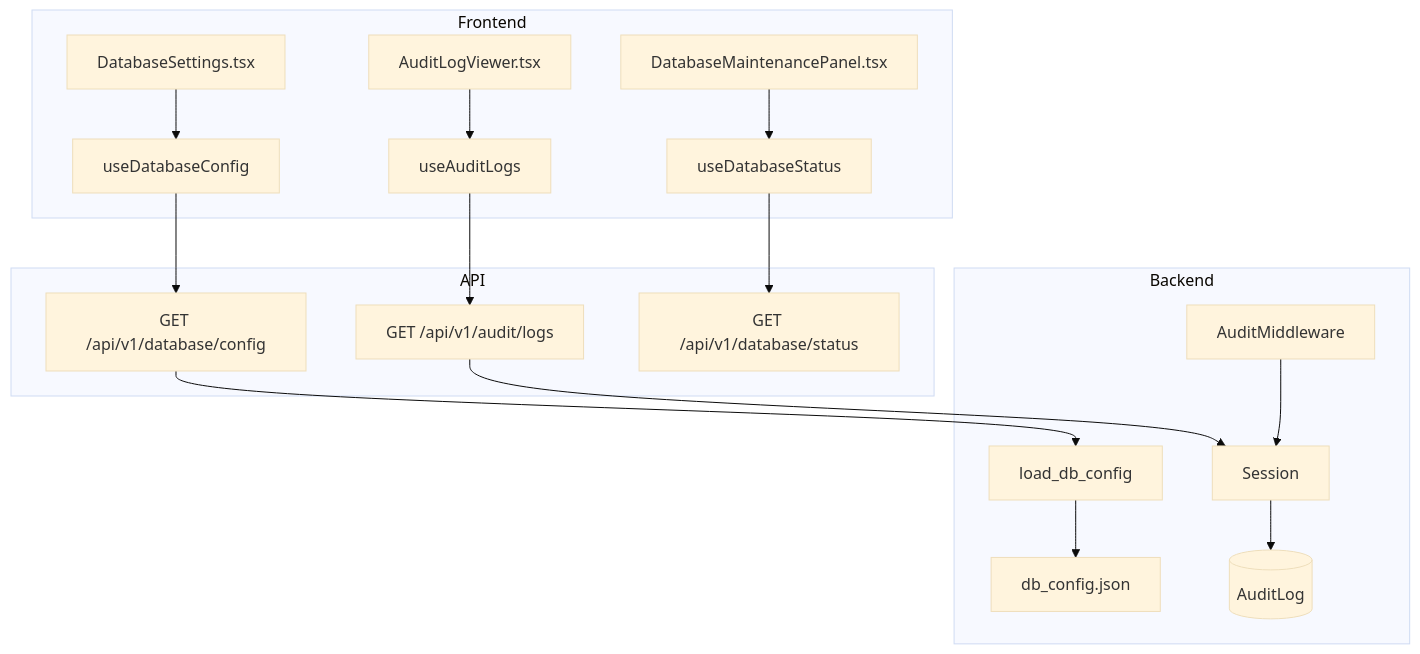
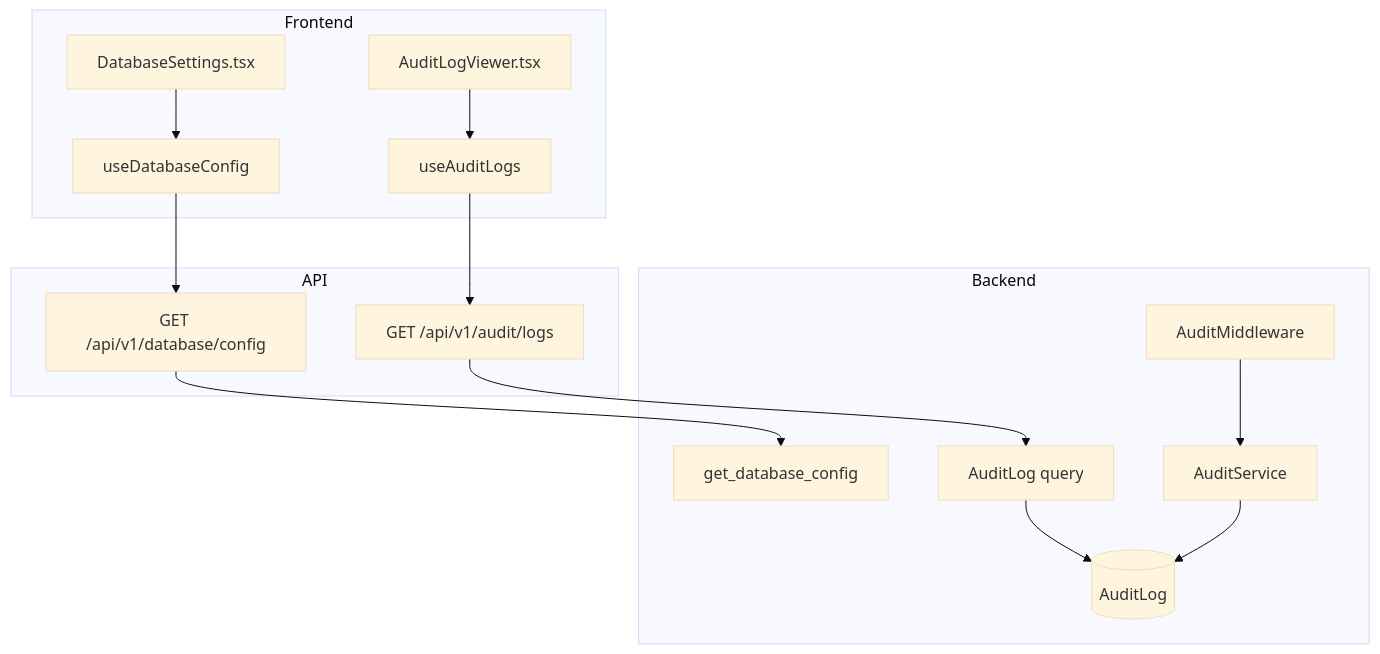
One commit to saturnis-io/cassini changed the first of 2 diagrams in .knowledge/features/admin.md. Above: the diagram before and after it, drawn with Mermaid (base theme). The commit also changed other lines of this file and 15 other files, not shown here.

Commit message:
knowledge-graph: regenerate

````diff
--- a/.knowledge/features/admin.md
+++ b/.knowledge/features/admin.md
@@ -5,20 +5,18 @@
 ```mermaid
 flowchart TD
     subgraph Frontend
         C1[DatabaseSettings.tsx] --> H1[useDatabaseConfig]
         C2[AuditLogViewer.tsx] --> H2[useAuditLogs]
-        C3[DatabaseMaintenancePanel.tsx] --> H3[useDatabaseStatus]
     end
     subgraph API
         H1 --> E1[GET /api/v1/database/config]
         H2 --> E2[GET /api/v1/audit/logs]
-        H3 --> E3[GET /api/v1/database/status]
     end
     subgraph Backend
-        E1 --> S1[load_db_config]
-        S1 --> M1[db_config.json]
-        E2 --> R1[Session]
-        R1 --> M2[(AuditLog)]
-        S2[AuditMiddleware] --> R1
+        E1 --> S1[get_database_config]
+        E2 --> R1[AuditLog query]
+        R1 --> M1[(AuditLog)]
+        S2[AuditMiddleware] --> S3[AuditService]
+        S3 --> M1
     end
 ```
````
